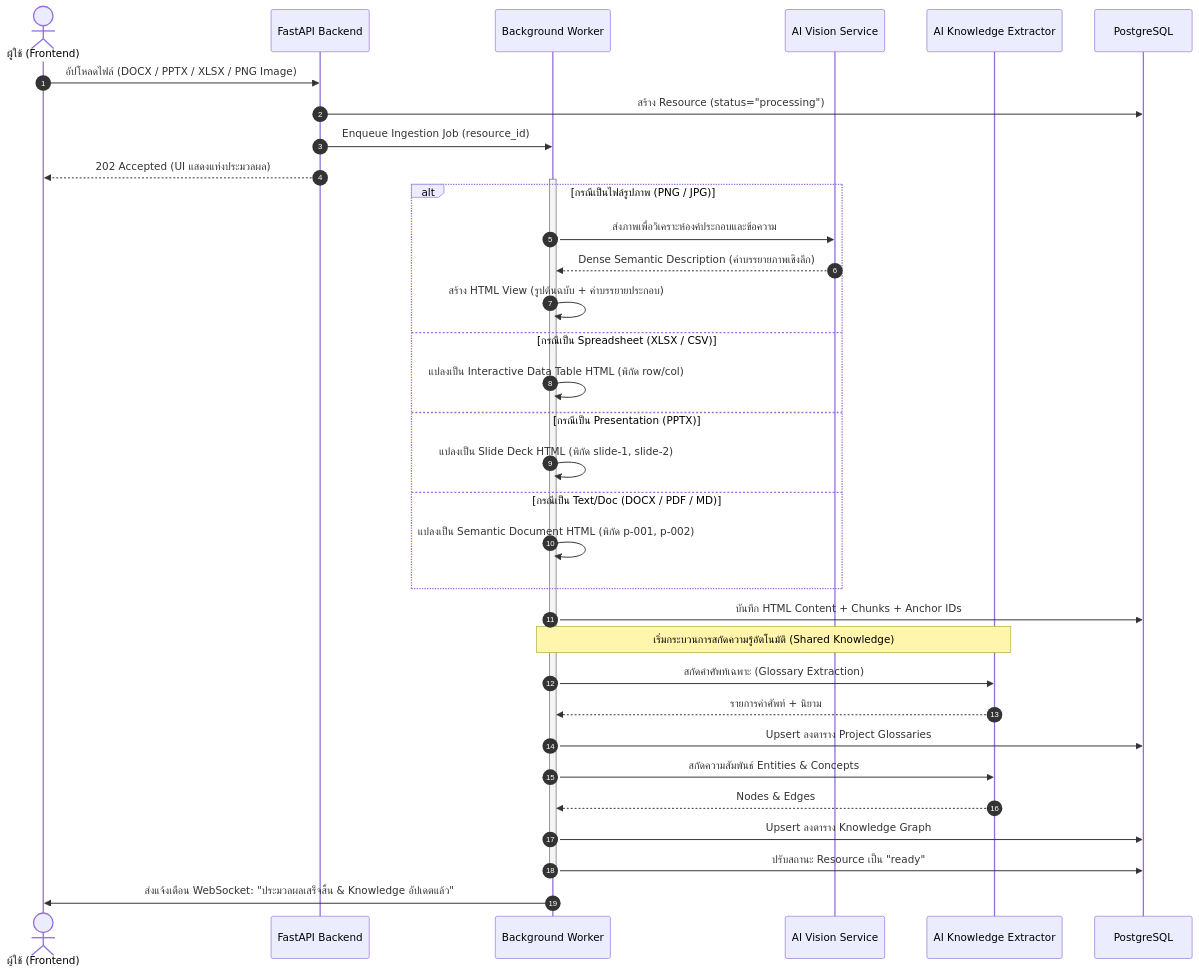
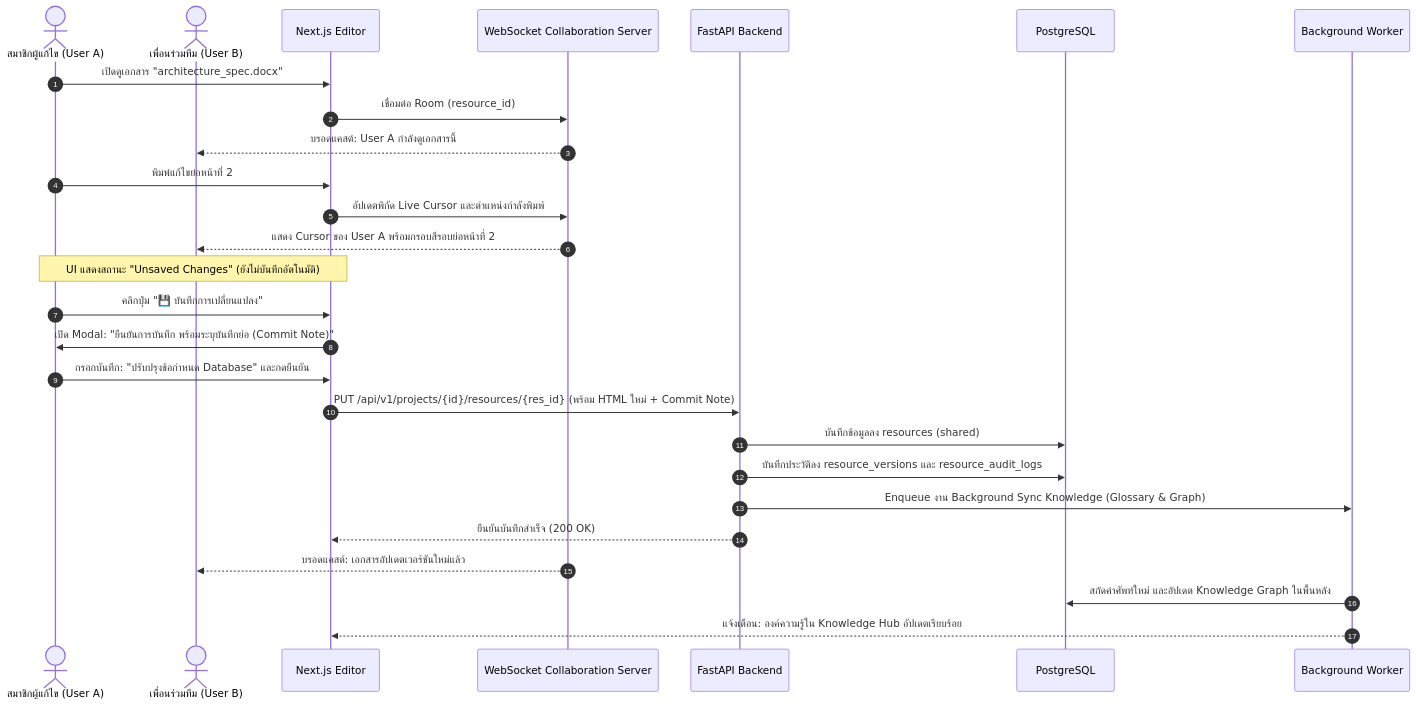
Before and after one commit to kelsonwinith/app.projectP: the second of 4 diagrams in docs/02_USER_JOURNEY_AND_FLOWS.md, drawn with Mermaid. The commit also changed other lines of this file and 6 other files, not shown here.

````diff
--- a/docs/02_USER_JOURNEY_AND_FLOWS.md
+++ b/docs/02_USER_JOURNEY_AND_FLOWS.md
@@ -55,44 +43,34 @@
 ```mermaid
 sequenceDiagram
     autonumber
-    actor User as ผู้ใช้ (Frontend)
+    actor User as สมาชิกผู้แก้ไข (User A)
+    actor Team as เพื่อนร่วมทีม (User B)
+    participant UI as Next.js Editor
+    participant WS as WebSocket Collaboration Server
     participant API as FastAPI Backend
+    participant DB as PostgreSQL
     participant Worker as Background Worker
-    participant Vision as AI Vision Service
-    participant LLM as AI Knowledge Extractor
-    participant DB as PostgreSQL
 
-    User->>API: อัปโหลดไฟล์ (DOCX / PPTX / XLSX / PNG Image)
-    API->>DB: สร้าง Resource (status="processing")
-    API->>Worker: Enqueue Ingestion Job (resource_id)
-    API-->>User: 202 Accepted (UI แสดงแท่งประมวลผล)
+    User->>UI: เปิดดูเอกสาร "architecture_spec.docx"
+    UI->>WS: เชื่อมต่อ Room (resource_id)
+    WS-->>Team: บรอดแคสต์: User A กำลังดูเอกสารนี้
 
-    activate Worker
-    alt กรณีเป็นไฟล์รูปภาพ (PNG / JPG)
-        Worker->>Vision: ส่งภาพเพื่อวิเคราะห์องค์ประกอบและข้อความ
-        Vision-->>Worker: Dense Semantic Description (คำบรรยายภาพเชิงลึก)
-        Worker->>Worker: สร้าง HTML View (รูปต้นฉบับ + คำบรรยายประกอบ)
-    else กรณีเป็น Spreadsheet (XLSX / CSV)
-        Worker->>Worker: แปลงเป็น Interactive Data Table HTML (พิกัด row/col)
-    else กรณีเป็น Presentation (PPTX)
-        Worker->>Worker: แปลงเป็น Slide Deck HTML (พิกัด slide-1, slide-2)
-    else กรณีเป็น Text/Doc (DOCX / PDF / MD)
-        Worker->>Worker: แปลงเป็น Semantic Document HTML (พิกัด p-001, p-002)
-    end
+    User->>UI: พิมพ์แก้ไขย่อหน้าที่ 2
+    UI->>WS: อัปเดตพิกัด Live Cursor และตำแหน่งกำลังพิมพ์
+    WS-->>Team: แสดง Cursor ของ User A พร้อมกรอบสีรอบย่อหน้าที่ 2
 
-    Worker->>DB: บันทึก HTML Content + Chunks + Anchor IDs
+    Note over UI,User: UI แสดงสถานะ "Unsaved Changes" (ยังไม่บันทึกอัตโนมัติ)
+    User->>UI: คลิกปุ่ม "💾 บันทึกการเปลี่ยนแปลง"
+    UI->>User: เปิด Modal: "ยืนยันการบันทึก พร้อมระบุบันทึกย่อ (Commit Note)"
+    User->>UI: กรอกบันทึก: "ปรับปรุงข้อกำหนด Database" และกดยืนยัน
+
+    UI->>API: PUT /api/v1/projects/{id}/resources/{res_id} (พร้อม HTML ใหม่ + Commit Note)
+    API->>DB: บันทึกข้อมูลลง resources (shared)
+    API->>DB: บันทึกประวัติลง resource_versions และ resource_audit_logs
+    API->>Worker: Enqueue งาน Background Sync Knowledge (Glossary & Graph)
+    API-->>UI: ยืนยันบันทึกสำเร็จ (200 OK)
     
-    Note over Worker,LLM: เริ่มกระบวนการสกัดความรู้อัตโนมัติ (Shared Knowledge)
-    Worker->>LLM: สกัดคำศัพท์เฉพาะ (Glossary Extraction)
-    LLM-->>Worker: รายการคำศัพท์ + นิยาม
-    Worker->>DB: Upsert ลงตาราง Project Glossaries
-
-    Worker->>LLM: สกัดความสัมพันธ์ Entities & Concepts
-    LLM-->>Worker: Nodes & Edges
-    Worker->>DB: Upsert ลงตาราง Knowledge Graph
-
-    Worker->>DB: ปรับสถานะ Resource เป็น "ready"
-    deactivate Worker
-    
-    Worker->>User: ส่งแจ้งเตือน WebSocket: "ประมวลผลเสร็จสิ้น & Knowledge อัปเดตแล้ว"
+    WS-->>Team: บรอดแคสต์: เอกสารอัปเดตเวอร์ชันใหม่แล้ว
+    Worker->>DB: สกัดคำศัพท์ใหม่ และอัปเดต Knowledge Graph ในพื้นหลัง
+    Worker-->>UI: แจ้งเตือน: องค์ความรู้ใน Knowledge Hub อัปเดตเรียบร้อย
 ```
````
